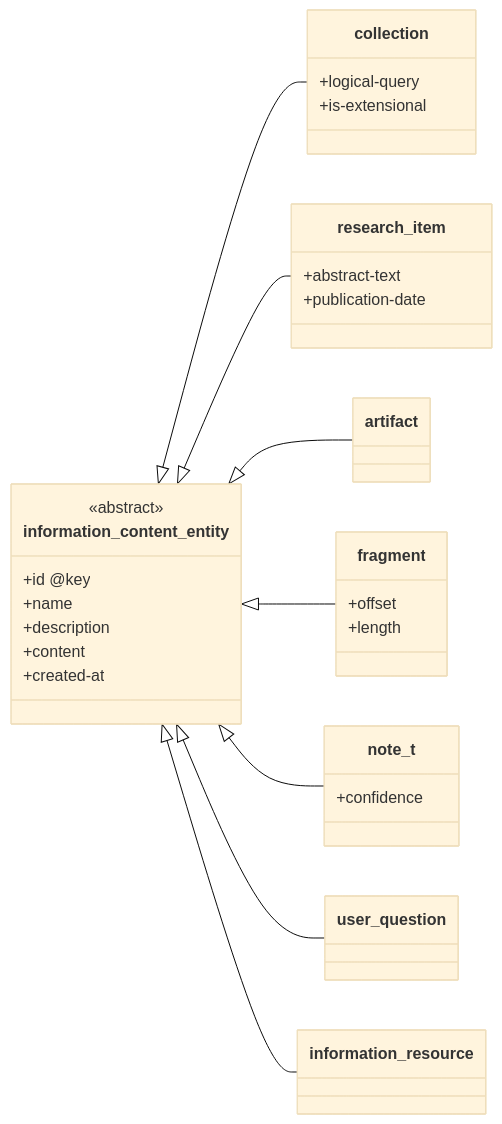
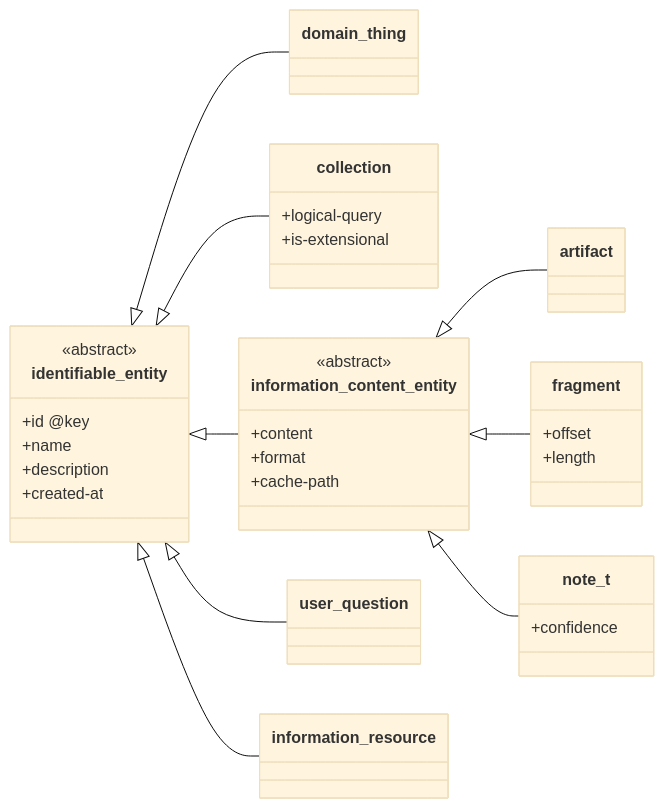
The first of 2 diagrams in local_resources/typedb/docs/index.md (sciknow-io/skillful-alhazen), drawn with Mermaid (base theme) before and after one commit. The commit also changed other lines of this file and 1 other file, not shown here.

Commit message:
Fix schema doc generator index page for v2 hierarchy
Update both generate_index_page() and generate_index_page_wiki()
to show the three-branch identifiable-entity hierarchy instead of
the old flat ICE/research-item diagram.

````diff
--- a/local_resources/typedb/docs/index.md
+++ b/local_resources/typedb/docs/index.md
@@ -16,38 +17,40 @@
 ```mermaid
 classDiagram
     direction LR
-    class information_content_entity {
+    class identifiable_entity {
         +id @key
         +name
         +description
-        +content
         +created-at
     }
-    <<abstract>> information_content_entity
-    information_content_entity <|-- collection
-    information_content_entity <|-- research_item
-    information_content_entity <|-- artifact
-    information_content_entity <|-- fragment
-    information_content_entity <|-- note_t
-    information_content_entity <|-- user_question
-    information_content_entity <|-- information_resource
+    <<abstract>> identifiable_entity
+    identifiable_entity <|-- domain_thing
+    identifiable_entity <|-- collection
+    identifiable_entity <|-- information_content_entity
+    identifiable_entity <|-- user_question
+    identifiable_entity <|-- information_resource
 
+    class domain_thing
     class collection {
         +logical-query
         +is-extensional
     }
-    class research_item {
-        +abstract-text
-        +publication-date
+    class information_content_entity {
+        +content
+        +format
+        +cache-path
     }
+    <<abstract>> information_content_entity
+    information_content_entity <|-- artifact
+    information_content_entity <|-- fragment
+    information_content_entity <|-- note_t
+
     class artifact
     class fragment {
         +offset
         +length
     }
     class note_t {
         +confidence
     }
-    class user_question
-    class information_resource
 ```
````
